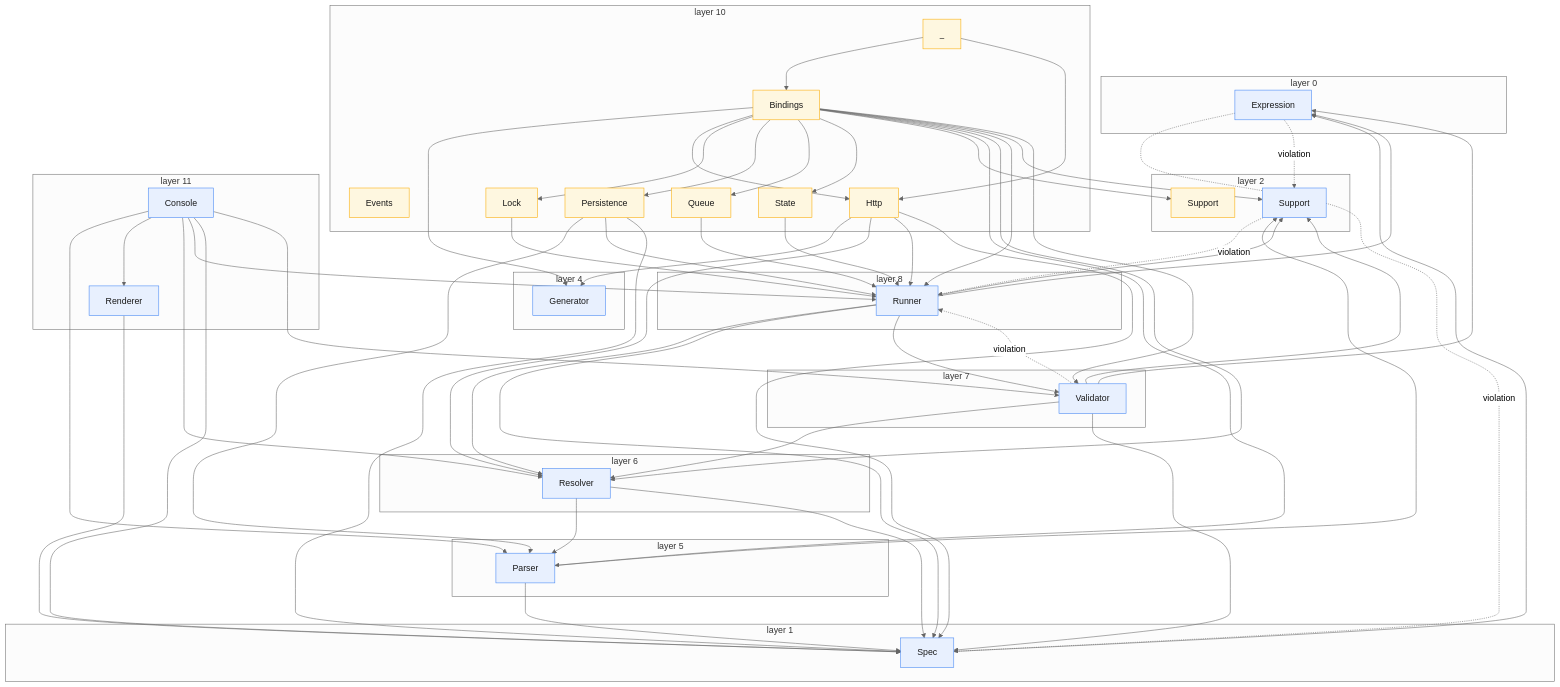
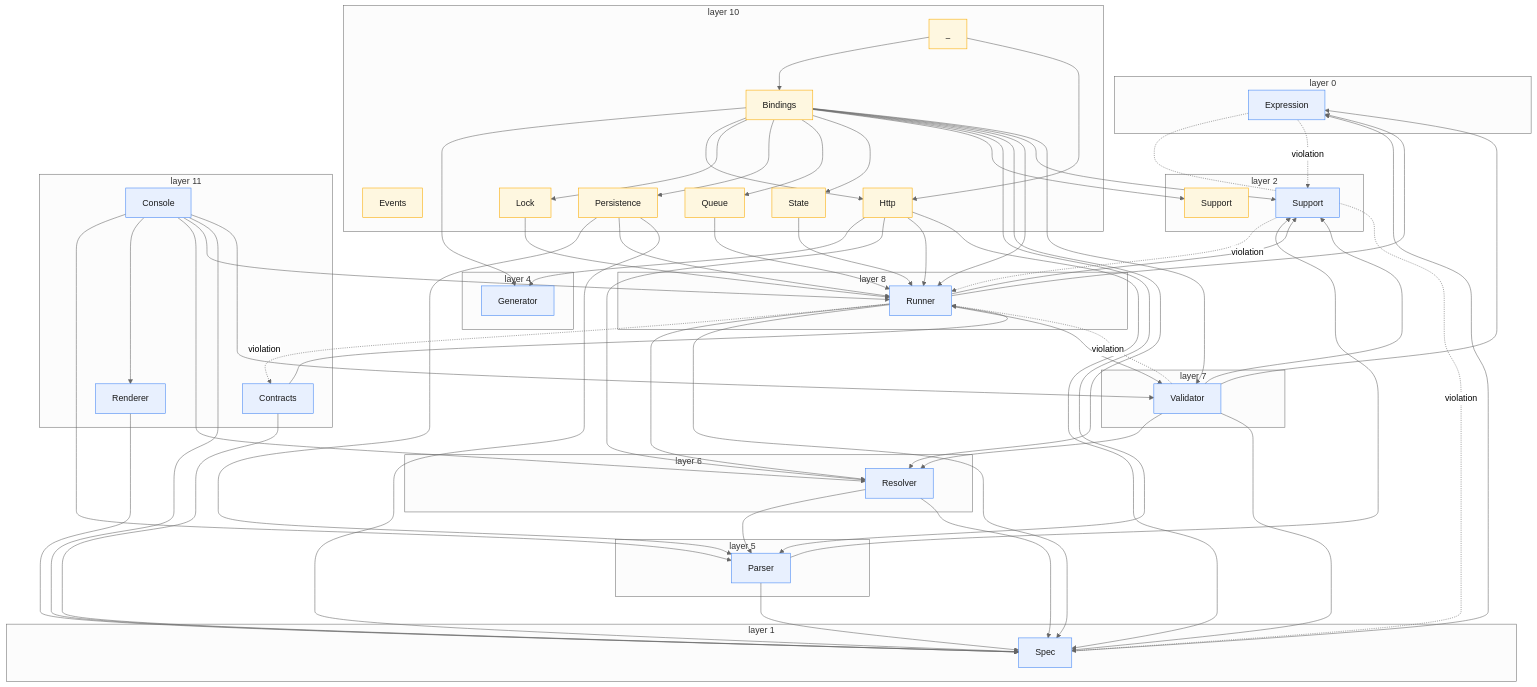
Before and after one commit to Mohammed-Alama/php-arazzo: the diagram in docs/generated/layering.md, drawn with Mermaid (neutral theme). The commit also changed other lines of this file and 14 other files, not shown here.

First line of the commit message:
refactor: move OutputExtractorInterface + SchemaValidatorInterface to global Contracts

```diff
--- a/docs/generated/layering.md
+++ b/docs/generated/layering.md
@@ -51,6 +51,7 @@
     end
     subgraph L11["layer 11"]
         M_Console["Console"]:::node
+        M_Contracts["Contracts"]:::node
         M_Renderer["Renderer"]:::node
     end
     M_Console --> M_Parser
@@ -59,6 +60,8 @@
     M_Console --> M_Runner
     M_Console --> M_Spec
     M_Console --> M_Validator
+    M_Contracts --> M_Runner
+    M_Contracts --> M_Spec
     M_Expression -.->|violation| M_Spec
     M_Expression -.->|violation| M_Support
     M_Laravel_Bindings --> M_Generator
@@ -90,6 +93,7 @@
     M_Renderer --> M_Spec
     M_Resolver --> M_Parser
     M_Resolver --> M_Spec
+    M_Runner -.->|violation| M_Contracts
     M_Runner --> M_Expression
     M_Runner --> M_Resolver
     M_Runner --> M_Spec
```
